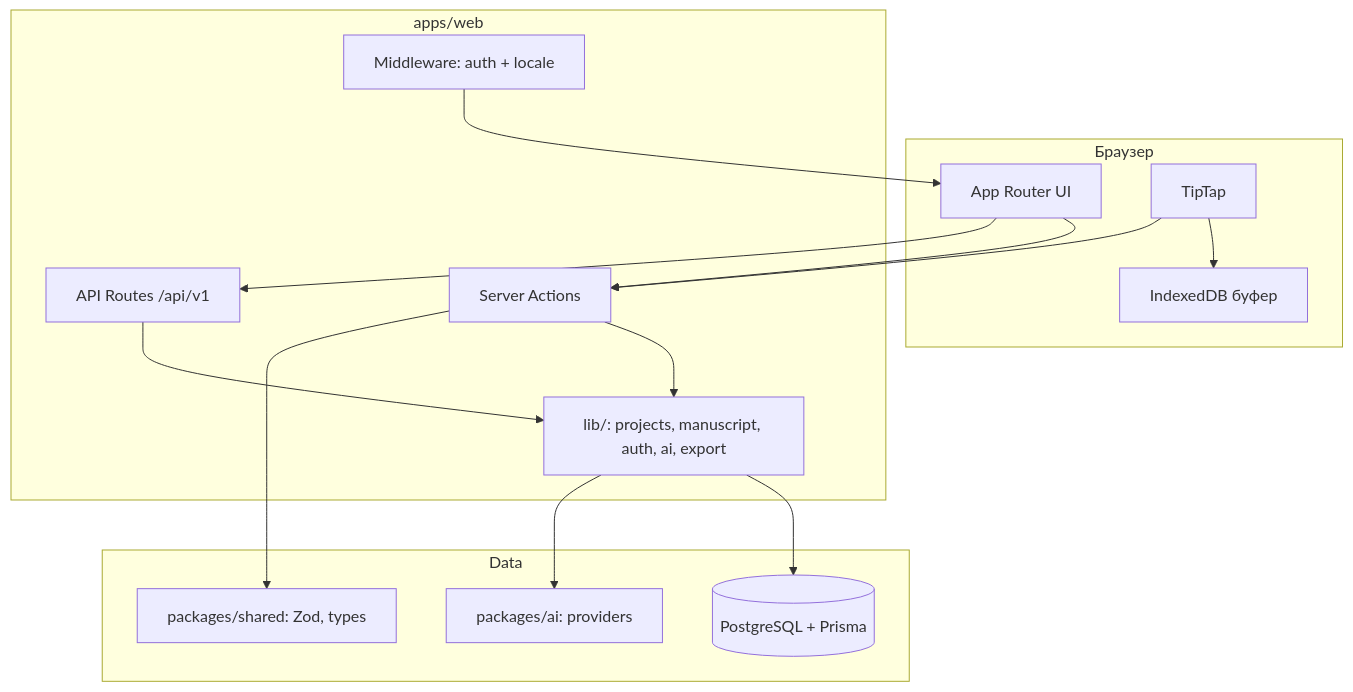
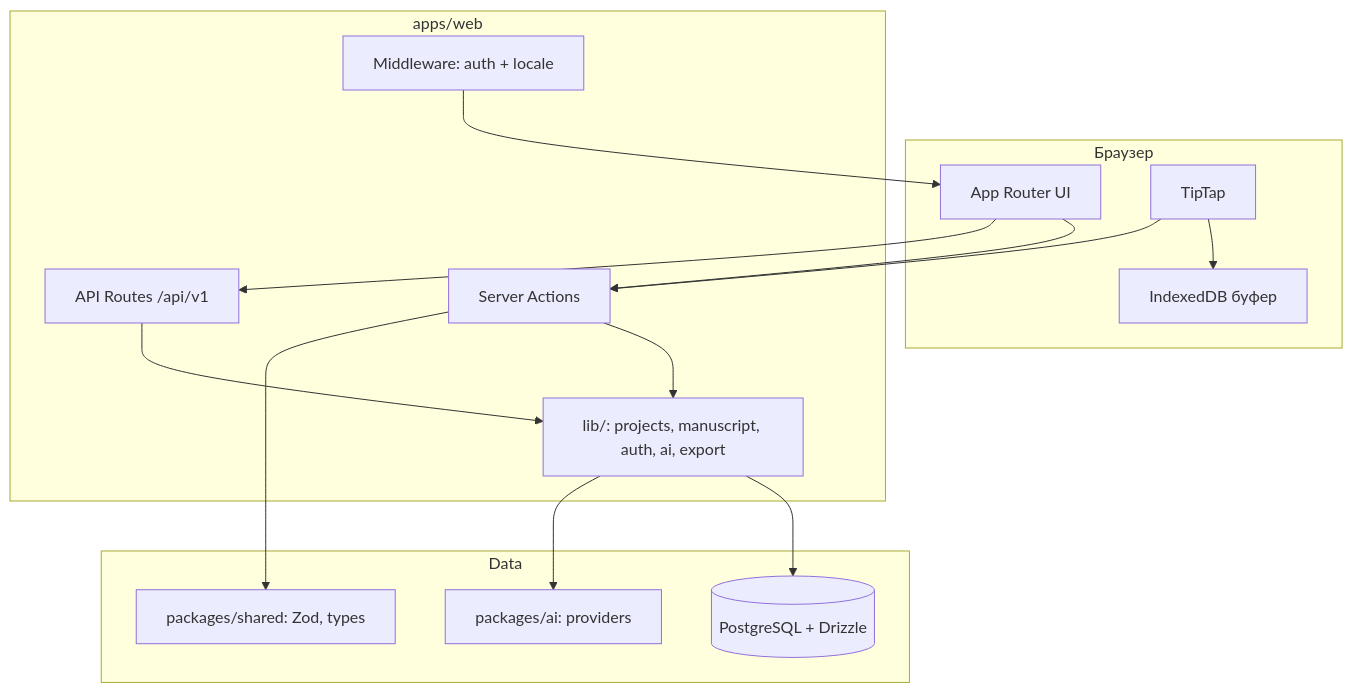
One commit to Chuchalovan/Writers changed the fourth of 6 diagrams in docs/tz/TZ.md. Above: the diagram before and after it, drawn with Mermaid. The commit also changed other lines of this file and 56 other files, not shown here.

First line of the commit message:
feat: migrate from Prisma to Drizzle and add studio layout

````diff
--- a/docs/tz/TZ.md
+++ b/docs/tz/TZ.md
@@ -392,32 +392,32 @@
 ```mermaid
 flowchart TB
   subgraph Client["Браузер"]
     UI[App Router UI]
     Editor[TipTap]
     Buf[IndexedDB буфер]
   end
 
   subgraph Server["apps/web"]
     MW[Middleware: auth + locale]
     SA[Server Actions]
     REST["API Routes /api/v1"]
     Svc[lib/: projects, manuscript, auth, ai, export]
   end
 
   subgraph Data
-    PG[(PostgreSQL + Prisma)]
+    PG[(PostgreSQL + Drizzle)]
     Shared["packages/shared: Zod, types"]
     AIPkg["packages/ai: providers"]
   end
 
   UI --> SA
   Editor --> Buf
   Editor --> SA
   UI --> REST
   MW --> UI
   SA --> Svc
   REST --> Svc
   Svc --> PG
   Svc --> AIPkg
   SA --> Shared
 ```
````
